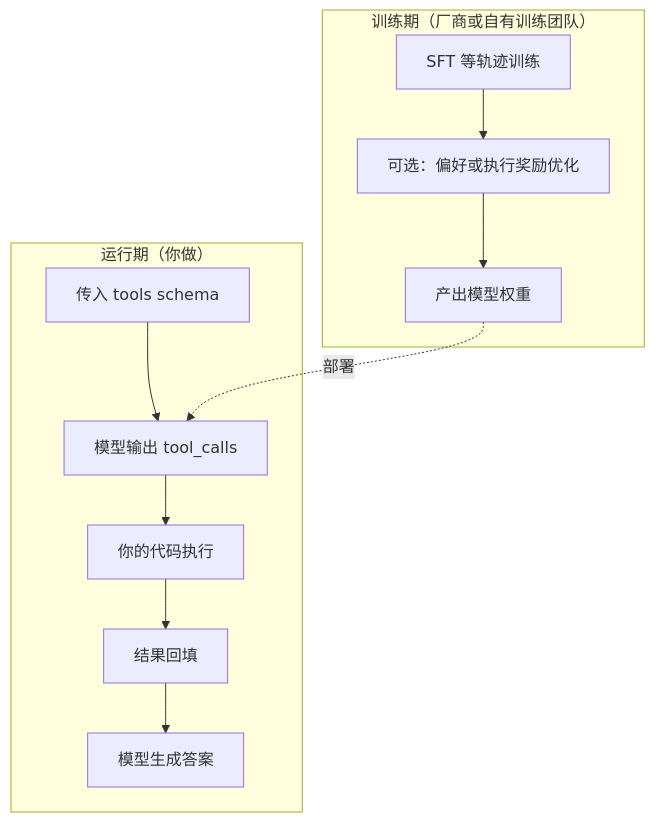
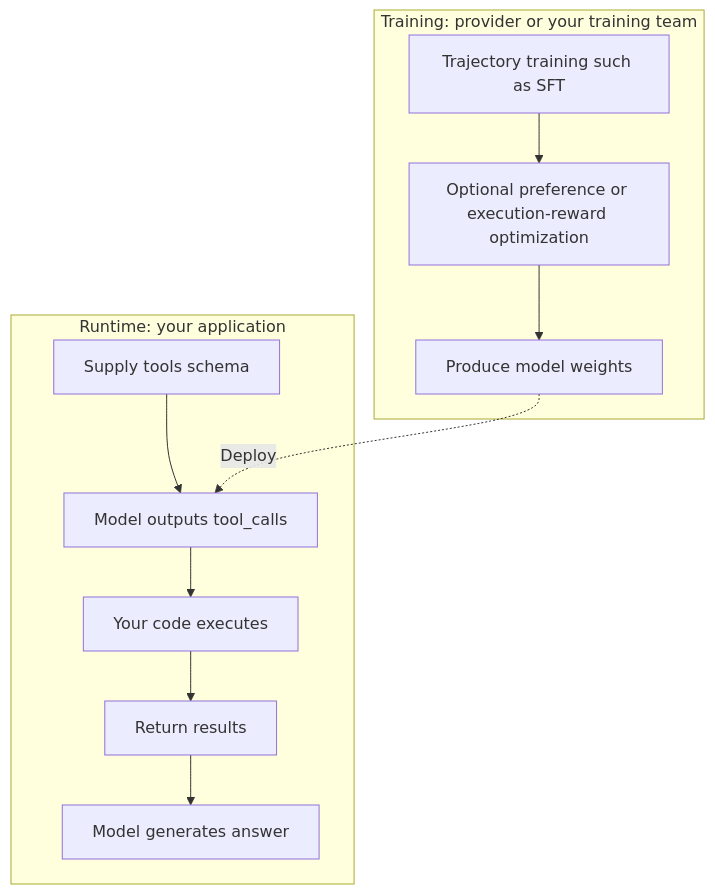
Before and after one commit to oneleaveknowsthefall/awesome-ai-roadmap: the fourth of 4 diagrams in docs/tools/01-function-calling/02-tool-learning.md, drawn with Mermaid. The commit also changed other lines of this file and 42 other files, not shown here.

````diff
--- a/docs/tools/01-function-calling/02-tool-learning.md
+++ b/docs/tools/01-function-calling/02-tool-learning.md
@@ -188,13 +188,13 @@
 ```mermaid
 flowchart TB
-    subgraph TRAIN["训练期（厂商或自有训练团队）"]
-        T1[SFT 等轨迹训练] --> T2[可选：偏好或执行奖励优化] --> T3[产出模型权重]
+    subgraph TRAIN["Training: provider or your training team"]
+        T1[Trajectory training such as SFT] --> T2[Optional preference or execution-reward optimization] --> T3[Produce model weights]
     end
 
-    subgraph RUNTIME["运行期（你做）"]
-        R1[传入 tools schema] --> R2[模型输出 tool_calls]
-        R2 --> R3[你的代码执行] --> R4[结果回填] --> R5[模型生成答案]
+    subgraph RUNTIME["Runtime: your application"]
+        R1[Supply tools schema] --> R2[Model outputs tool_calls]
+        R2 --> R3[Your code executes] --> R4[Return results] --> R5[Model generates answer]
     end
 
-    T3 -.部署.-> R2
+    T3 -.Deploy.-> R2
 ```
````
